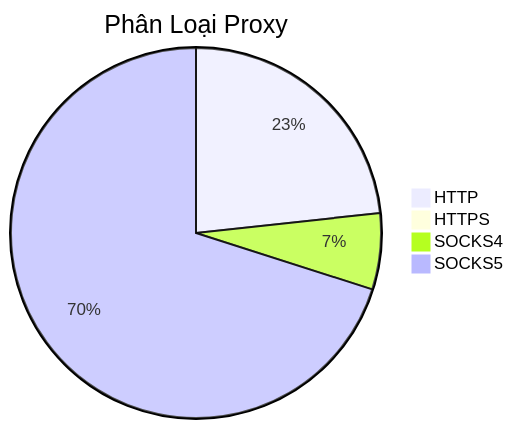
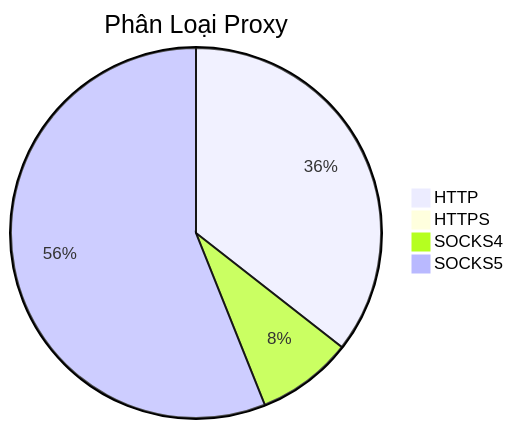
The diagram in README.md (Ciara-Aa/PROXY-free), drawn with Mermaid before and after one commit. The commit also changed other lines of this file and 4 other files, not shown here.

````diff
--- a/README.md
+++ b/README.md
@@ -26,7 +26,7 @@
 ```mermaid
 pie title Phân Loại Proxy
-    "HTTP" : 854
-    "HTTPS" : 2
-    "SOCKS4" : 244
-    "SOCKS5" : 2571
+    "HTTP" : 1262
+    "HTTPS" : 1
+    "SOCKS4" : 297
+    "SOCKS5" : 1989
 ```
````
